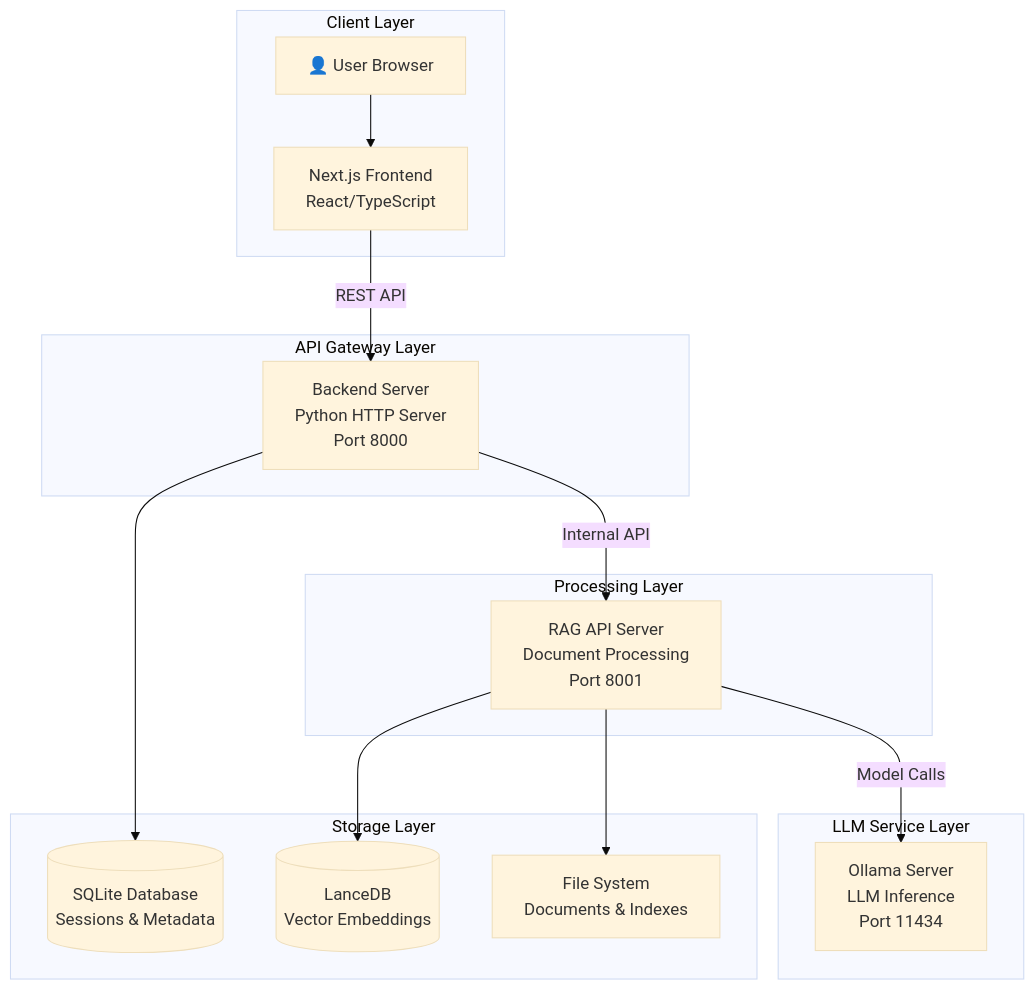
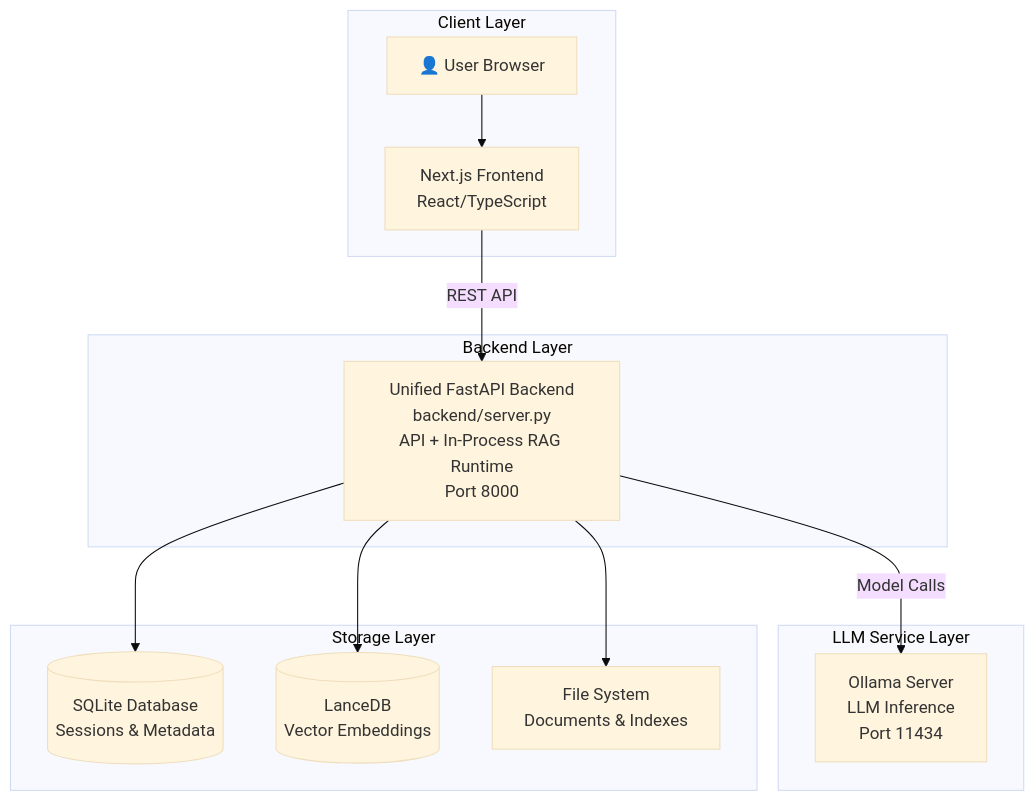
The diagram in Documentation/system_overview.md (PromtEngineer/localGPT), drawn with Mermaid (base theme) before and after one commit. The commit also changed other lines of this file and 21 other files, not shown here.

First line of the commit message:
Retire the standalone RAG API (port 8001)

````diff
--- a/Documentation/system_overview.md
+++ b/Documentation/system_overview.md
@@ -15,33 +15,28 @@
 ```mermaid
 graph TB
     subgraph "Client Layer"
         Browser[👤 User Browser]
         UI[Next.js Frontend<br/>React/TypeScript]
         Browser --> UI
     end
     
-    subgraph "API Gateway Layer"
-        Backend[Backend Server<br/>Python HTTP Server<br/>Port 8000]
+    subgraph "Backend Layer"
+        Backend[Unified FastAPI Backend<br/>backend/server.py<br/>API + In-Process RAG Runtime<br/>Port 8000]
         UI -->|REST API| Backend
-    end
-    
-    subgraph "Processing Layer"
-        RAG[RAG API Server<br/>Document Processing<br/>Port 8001]
-        Backend -->|Internal API| RAG
     end
     
     subgraph "LLM Service Layer"
         Ollama[Ollama Server<br/>LLM Inference<br/>Port 11434]
-        RAG -->|Model Calls| Ollama
+        Backend -->|Model Calls| Ollama
     end
     
     subgraph "Storage Layer"
         SQLite[(SQLite Database<br/>Sessions & Metadata)]
         LanceDB[(LanceDB<br/>Vector Embeddings)]
         FileSystem[File System<br/>Documents & Indexes]
         
         Backend --> SQLite
-        RAG --> LanceDB
-        RAG --> FileSystem
+        Backend --> LanceDB
+        Backend --> FileSystem
     end
 ```
````
